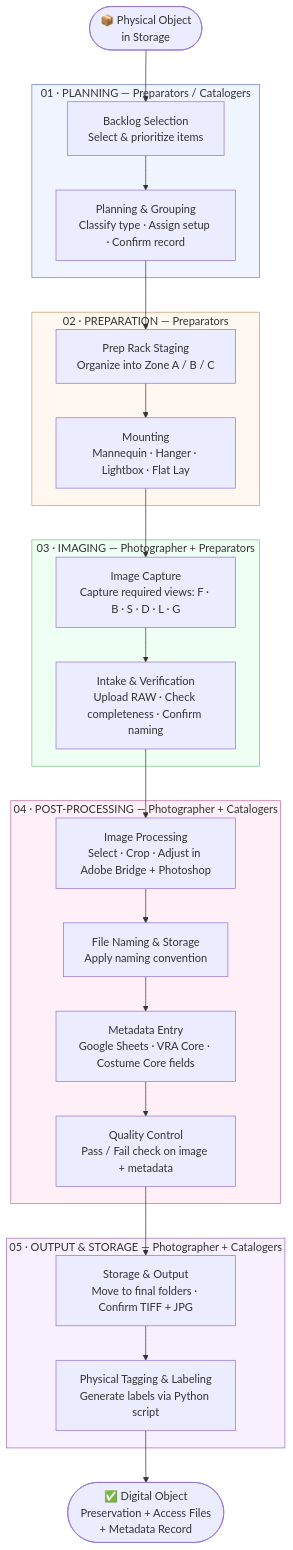
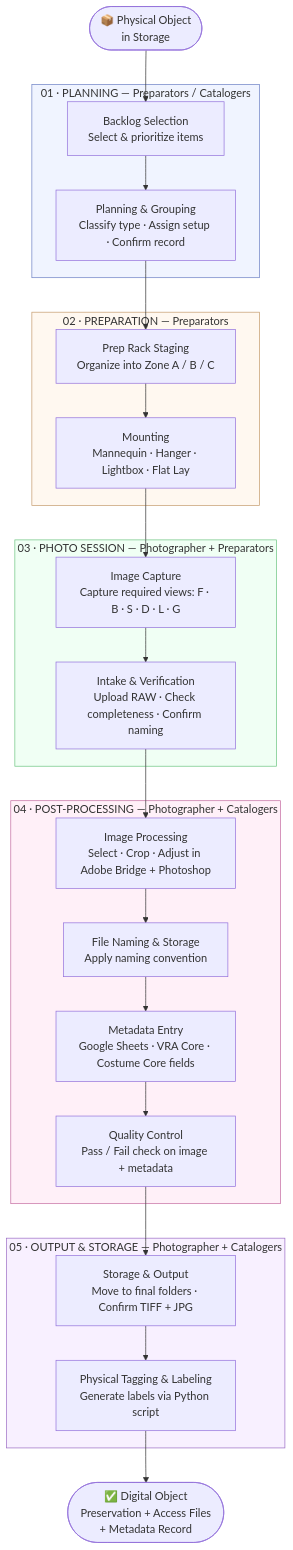
The first of 2 diagrams in OVERVIEW.md (kianoding/2d-imaging-for-costume-and-textile-digital-collection), drawn with Mermaid before and after one commit. The commit also changed other lines of this file, not shown here.

Commit message:
Rename imaging section to photo session in overview

````diff
--- a/OVERVIEW.md
+++ b/OVERVIEW.md
@@ -9,45 +9,45 @@
 ```mermaid
 flowchart TD
     A([📦 Physical Object\nin Storage]) --> B
 
     subgraph PLAN ["01 · PLANNING — Preparators / Catalogers"]
         B[Backlog Selection\nSelect & prioritize items] --> C
         C[Planning & Grouping\nClassify type · Assign setup · Confirm record]
     end
 
     subgraph PREP ["02 · PREPARATION — Preparators"]
         D[Prep Rack Staging\nOrganize into Zone A / B / C] --> E
         E[Mounting\nMannequin · Hanger · Lightbox · Flat Lay]
     end
 
-    subgraph IMAGE ["03 · IMAGING — Photographer + Preparators"]
+    subgraph IMAGE ["03 · PHOTO SESSION — Photographer + Preparators"]
         F[Image Capture\nCapture required views: F · B · S · D · L · G] --> G
         G[Intake & Verification\nUpload RAW · Check completeness · Confirm naming]
     end
 
     subgraph POST ["04 · POST-PROCESSING — Photographer + Catalogers"]
         H[Image Processing\nSelect · Crop · Adjust in Adobe Bridge + Photoshop] --> I
         I[File Naming & Storage\nApply naming convention] --> J
         J[Metadata Entry\nGoogle Sheets · VRA Core · Costume Core fields] --> K
         K[Quality Control\nPass / Fail check on image + metadata]
     end
 
     subgraph OUTPUT ["05 · OUTPUT & STORAGE — Photographer + Catalogers"]
         L[Storage & Output\nMove to final folders · Confirm TIFF + JPG] --> M
         M[Physical Tagging & Labeling\nGenerate labels via Python script]
     end
 
     C --> D
     E --> F
     G --> H
     K --> L
     M --> N
 
     N([✅ Digital Object\nPreservation + Access Files\n+ Metadata Record])
 
     style PLAN fill:#f0f4ff,stroke:#6b7fc4
     style PREP fill:#fff8f0,stroke:#c49a6b
     style IMAGE fill:#f0fff4,stroke:#6bc47f
     style POST fill:#fff0f8,stroke:#c46ba0
     style OUTPUT fill:#f8f0ff,stroke:#9a6bc4
 ```
````
